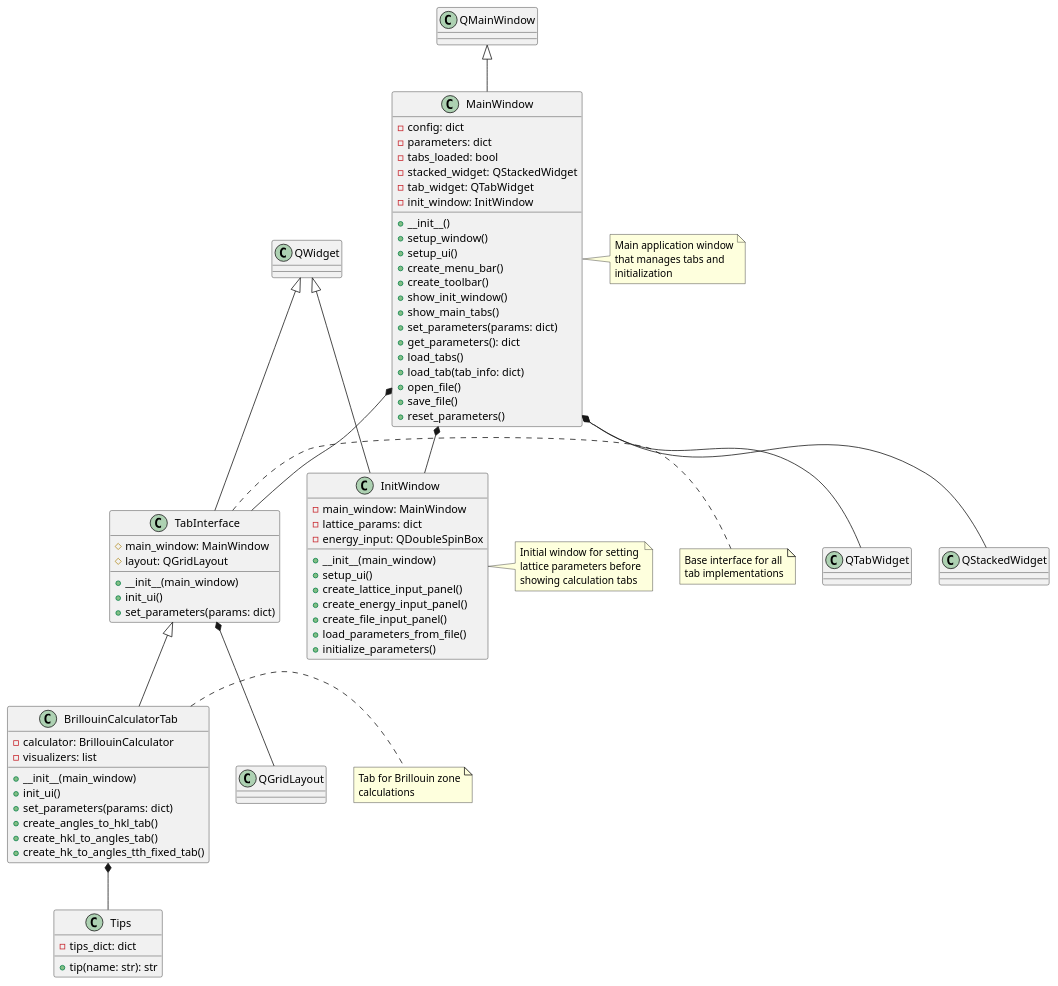
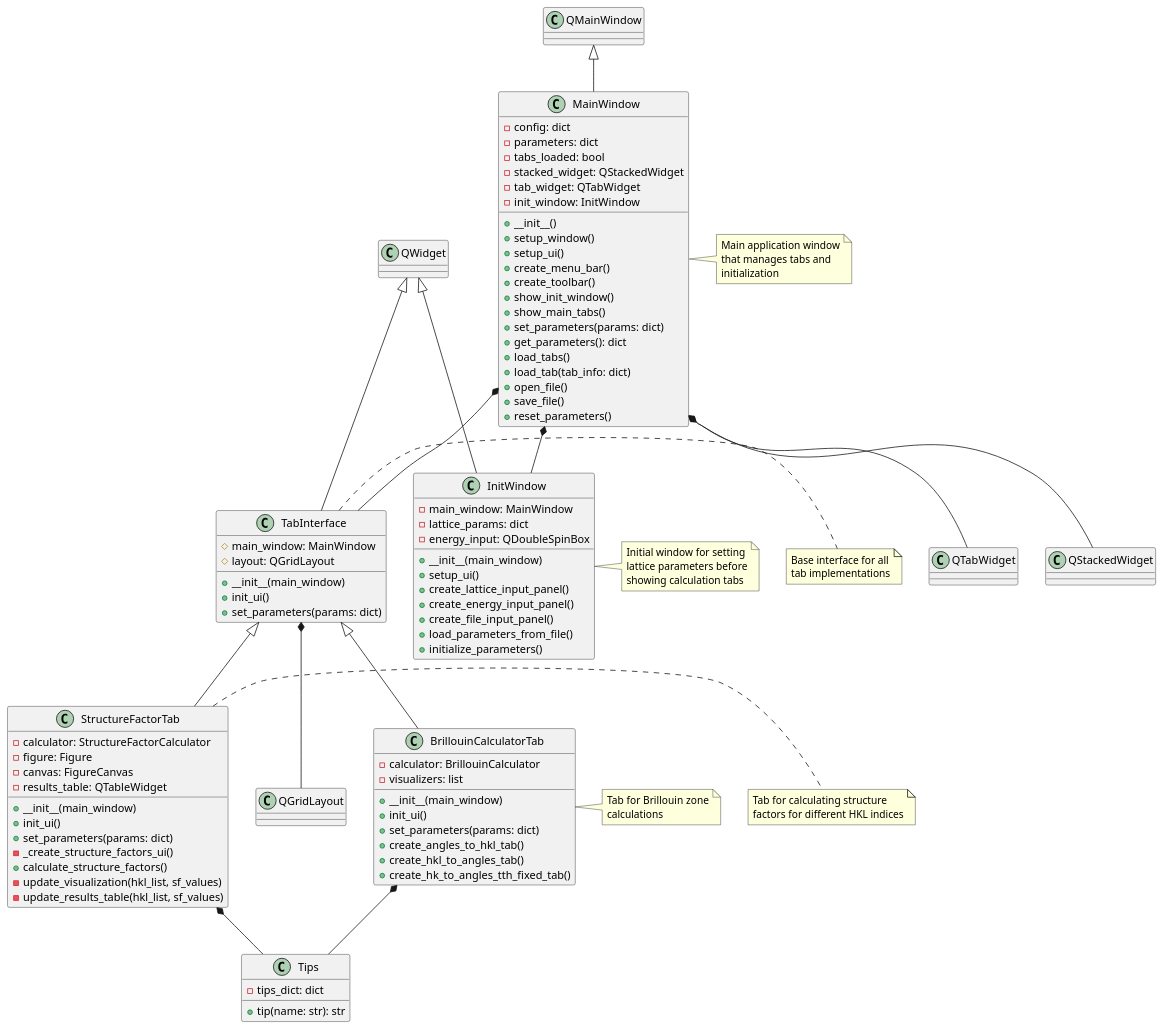
One commit to HongXunyang/rixs_pre_toolbox changed the diagram in uml/gui_structure.puml. Above: the diagram before and after it, drawn with PlantUML. The commit also changed 11 other files, not shown here.

Commit message:
structure_factor_visualizer added

```diff
--- a/uml/gui_structure.puml
+++ b/uml/gui_structure.puml
@@ -1,113 +1,134 @@
 @startuml GUI Structure
 
 class MainWindow {
   - config: dict
   - parameters: dict
   - tabs_loaded: bool
   - stacked_widget: QStackedWidget
   - tab_widget: QTabWidget
   - init_window: InitWindow
   + __init__()
   + setup_window()
   + setup_ui()
   + create_menu_bar()
   + create_toolbar()
   + show_init_window()
   + show_main_tabs()
   + set_parameters(params: dict)
   + get_parameters(): dict
   + load_tabs()
   + load_tab(tab_info: dict)
   + open_file()
   + save_file()
   + reset_parameters()
 }
 
 class InitWindow {
   - main_window: MainWindow
   - lattice_params: dict
   - energy_input: QDoubleSpinBox
   + __init__(main_window)
   + setup_ui()
   + create_lattice_input_panel()
   + create_energy_input_panel()
   + create_file_input_panel()
   + load_parameters_from_file()
   + initialize_parameters()
 }
 
 class TabInterface {
   # main_window: MainWindow
   # layout: QGridLayout
   + __init__(main_window)
   + init_ui()
   + set_parameters(params: dict)
 }
 
 class BrillouinCalculatorTab {
   - calculator: BrillouinCalculator
   - visualizers: list
   + __init__(main_window)
   + init_ui()
   + set_parameters(params: dict)
   + create_angles_to_hkl_tab()
   + create_hkl_to_angles_tab()
   + create_hk_to_angles_tth_fixed_tab()
 }
 
+class StructureFactorTab {
+  - calculator: StructureFactorCalculator
+  - figure: Figure
+  - canvas: FigureCanvas
+  - results_table: QTableWidget
+  + __init__(main_window)
+  + init_ui()
+  + set_parameters(params: dict)
+  - _create_structure_factors_ui()
+  + calculate_structure_factors()
+  - update_visualization(hkl_list, sf_values)
+  - update_results_table(hkl_list, sf_values)
+}
+
 class Tips {
   - tips_dict: dict
   + tip(name: str): str
 }
 
 class QMainWindow {
 }
 
 class QTabWidget {
 }
 
 class QStackedWidget {
 }
 
 class QGridLayout {
 }
 
 class QWidget {
 }
 
 QMainWindow <|-- MainWindow
 QWidget <|-- InitWindow
 QWidget <|-- TabInterface
 TabInterface <|-- BrillouinCalculatorTab
+TabInterface <|-- StructureFactorTab
 
 MainWindow *-- InitWindow
 MainWindow *-- TabInterface
 BrillouinCalculatorTab *-- Tips
+StructureFactorTab *-- Tips
 
 MainWindow *-- QTabWidget
 MainWindow *-- QStackedWidget
 TabInterface *-- QGridLayout
 
 note right of MainWindow
   Main application window
   that manages tabs and
   initialization
 end note
 
 note right of InitWindow
   Initial window for setting
   lattice parameters before
   showing calculation tabs
 end note
 
 note right of TabInterface
   Base interface for all
   tab implementations
 end note
 
 note right of BrillouinCalculatorTab
   Tab for Brillouin zone
   calculations
 end note
 
+note right of StructureFactorTab
+  Tab for calculating structure
+  factors for different HKL indices
+end note
+
 @enduml 
```
